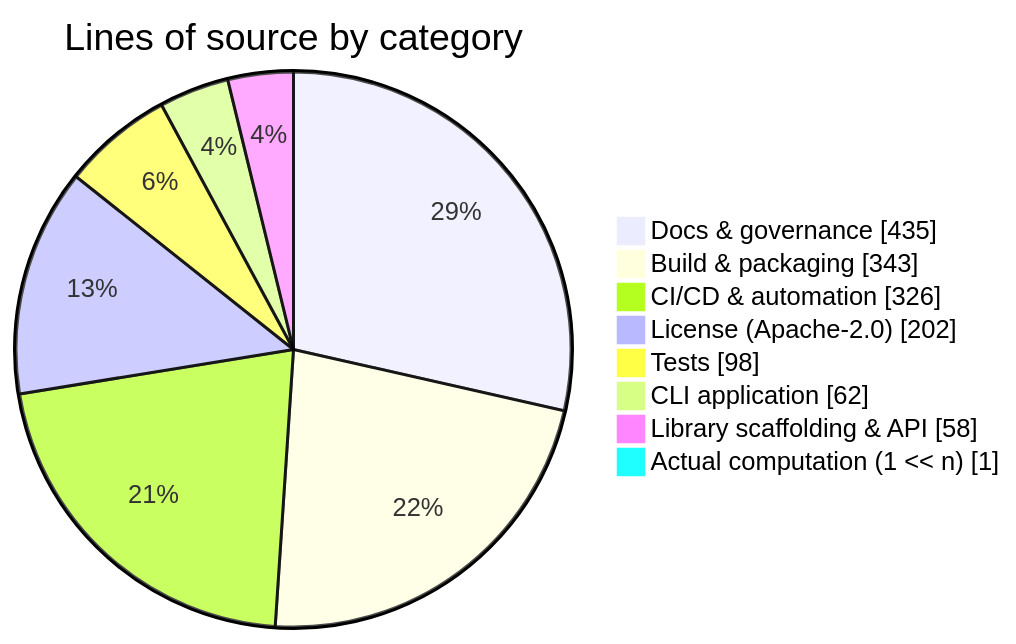
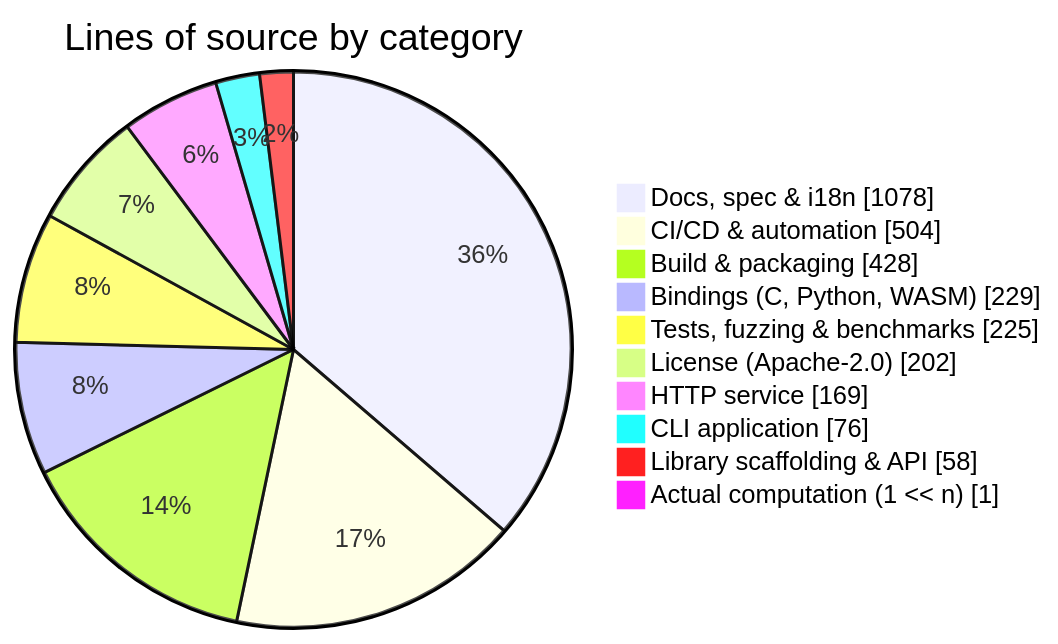
One commit to dalamber/twopow changed the second of 2 diagrams in README.md. Above: the diagram before and after it, drawn with Mermaid. The commit also changed 5 other files, not shown here.

````diff
--- a/README.md
+++ b/README.md
@@ -201,12 +201,14 @@
 ```mermaid
 pie showData
     title Lines of source by category
-    "Docs & governance" : 435
-    "Build & packaging" : 343
-    "CI/CD & automation" : 326
+    "Docs, spec & i18n" : 1078
+    "CI/CD & automation" : 504
+    "Build & packaging" : 428
+    "Bindings (C, Python, WASM)" : 229
+    "Tests, fuzzing & benchmarks" : 225
     "License (Apache-2.0)" : 202
-    "Tests" : 98
-    "CLI application" : 62
+    "HTTP service" : 169
+    "CLI application" : 76
     "Library scaffolding & API" : 58
     "Actual computation (1 << n)" : 1
 ```
````
